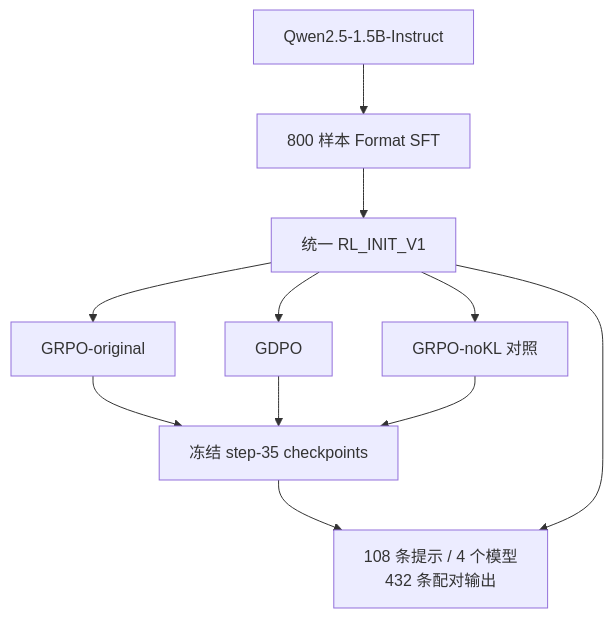
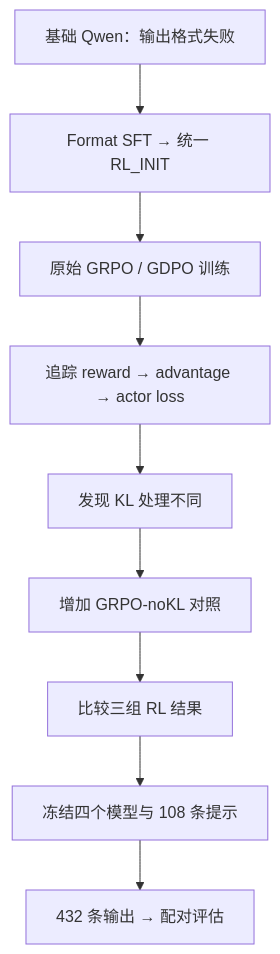
Before and after one commit to Kk111777/ToolPostTrain: the diagram in README.zh-CN.md, drawn with Mermaid. The commit also changed other lines of this file and 1 other file, not shown here.

Commit message:
docs: explain the reasoning behind the GRPO/GDPO comparison (#7)

````diff
--- a/README.zh-CN.md
+++ b/README.zh-CN.md
@@ -42,13 +56,11 @@
 ```mermaid
 flowchart TD
-    Base["Qwen2.5-1.5B-Instruct"] --> SFT["800 样本 Format SFT"]
-    SFT --> Init["统一 RL_INIT_V1"]
-    Init --> Original["GRPO-original"]
-    Init --> GDPO["GDPO"]
-    Init --> NoKL["GRPO-noKL 对照"]
-    Original --> Frozen["冻结 step-35 checkpoints"]
-    GDPO --> Frozen
-    NoKL --> Frozen
-    Frozen --> Eval["108 条提示 / 4 个模型<br/>432 条配对输出"]
-    Init --> Eval
+    Base["基础 Qwen：输出格式失败"] --> SFT["Format SFT → 统一 RL_INIT"]
+    SFT --> Runs["原始 GRPO / GDPO 训练"]
+    Runs --> Audit["追踪 reward → advantage → actor loss"]
+    Audit --> Confound["发现 KL 处理不同"]
+    Confound --> Control["增加 GRPO-noKL 对照"]
+    Control --> Compare["比较三组 RL 结果"]
+    Compare --> Eval["冻结四个模型与 108 条提示"]
+    Eval --> Results["432 条输出 → 配对评估"]
 ```
````
